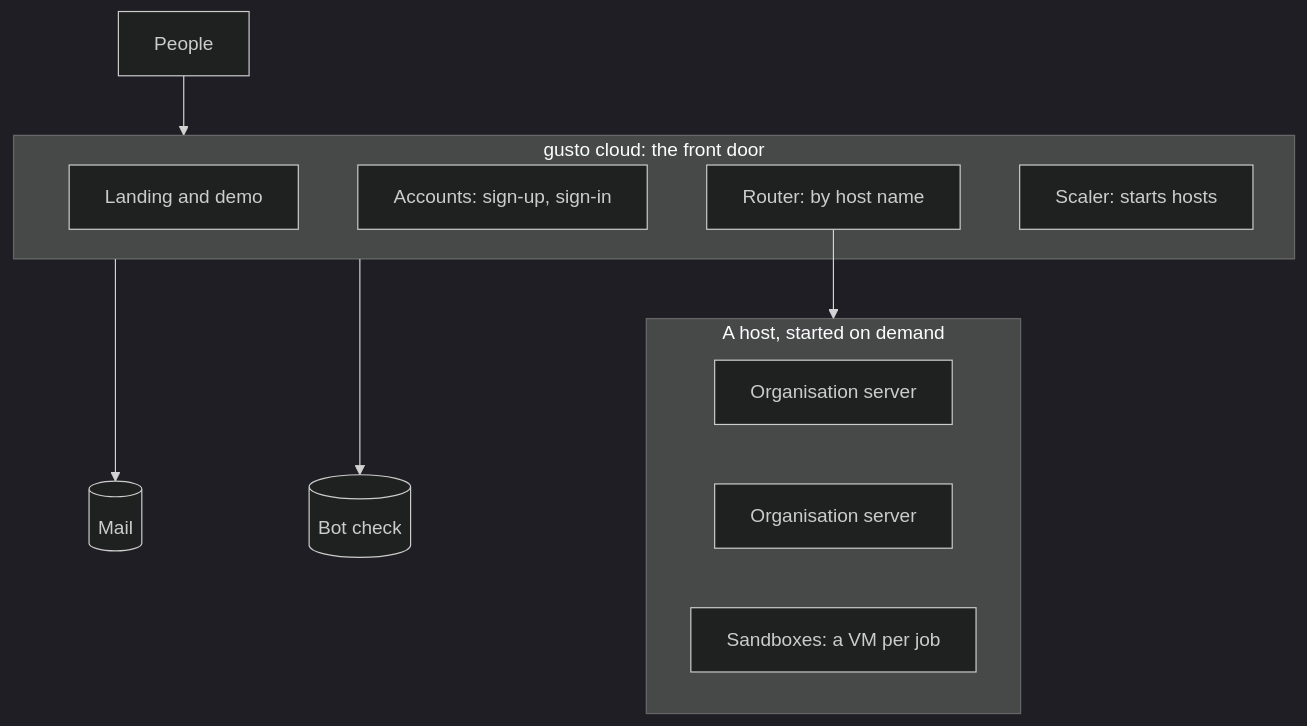
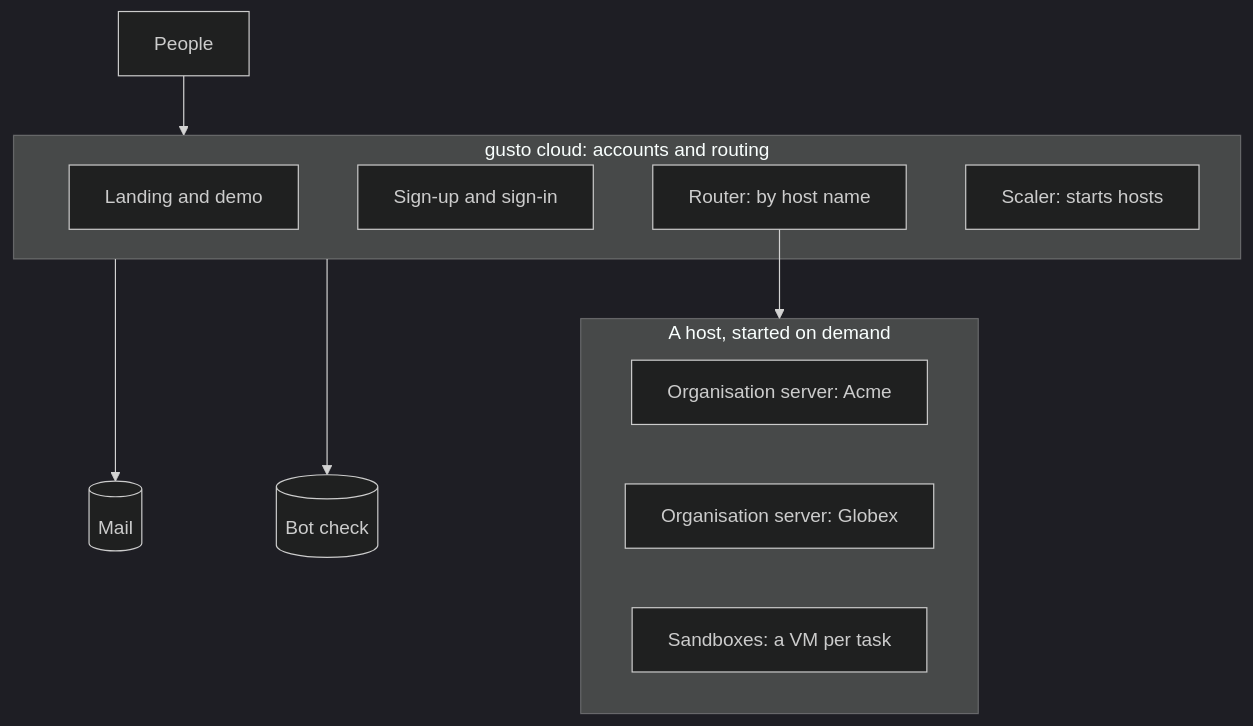
One commit to getlatentic/gusto changed the third of 4 diagrams in docs/ARCHITECTURE.md. Above: the diagram before and after it, drawn with Mermaid (dark theme). The commit also changed other lines of this file, not shown here.

Commit message:
docs: architecture views, the concept map and one task, in plain terms

````diff
--- a/docs/ARCHITECTURE.md
+++ b/docs/ARCHITECTURE.md
@@ -41,18 +86,18 @@
 ```mermaid
 flowchart TB
   P[People] --> F
-  subgraph F["gusto cloud: the front door"]
+  subgraph F["gusto cloud: accounts and routing"]
     LD[Landing and demo]
-    AC[Accounts: sign-up, sign-in]
+    AC[Sign-up and sign-in]
     RT[Router: by host name]
     SC[Scaler: starts hosts]
   end
   F --> MAIL[(Mail)]
   F --> BOT[(Bot check)]
   RT --> H
   subgraph H["A host, started on demand"]
-    O1[Organisation server]
-    O2[Organisation server]
-    SB[Sandboxes: a VM per job]
+    O1[Organisation server: Acme]
+    O2[Organisation server: Globex]
+    SB[Sandboxes: a VM per task]
   end
 ```
````
